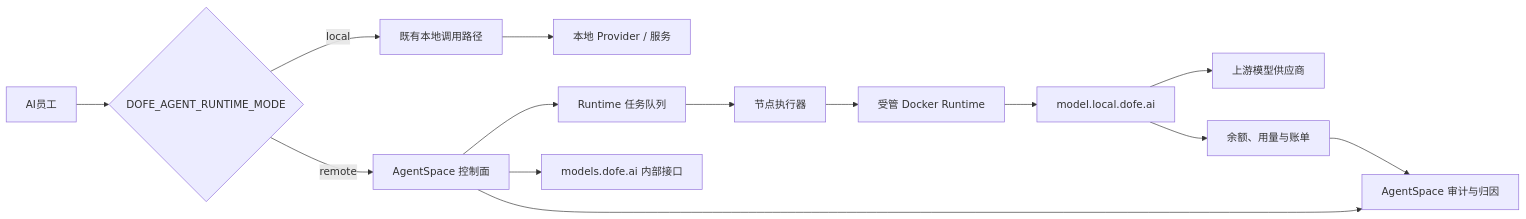
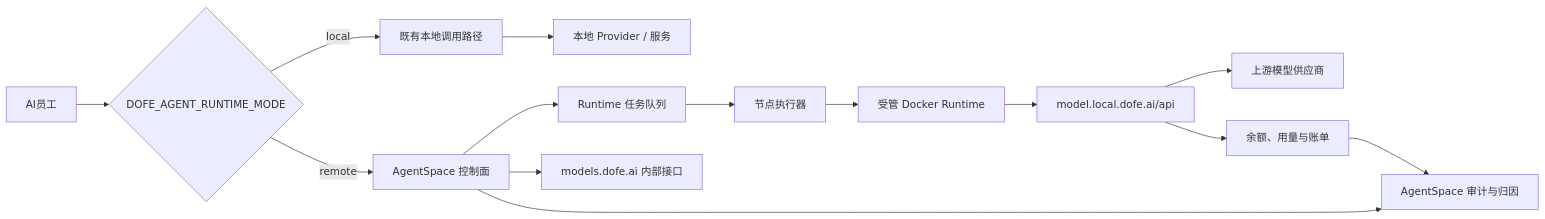
The first of 3 diagrams in docs/0727/agent-pricing/README.md (iTechwu/AgentSpace), drawn with Mermaid before and after one commit. The commit also changed other lines of this file and 9 other files, not shown here.

````diff
--- a/docs/0727/agent-pricing/README.md
+++ b/docs/0727/agent-pricing/README.md
@@ -77,16 +77,16 @@
 ```mermaid
 flowchart LR
   Employee[AI员工] --> Decision{DOFE_AGENT_RUNTIME_MODE}
   Decision -->|local| Main[既有本地调用路径]
   Main --> LocalProvider[本地 Provider / 服务]
   Decision -->|remote| AS[AgentSpace 控制面]
   AS --> Queue[Runtime 任务队列]
   Queue --> Node[节点执行器]
   Node --> Docker[受管 Docker Runtime]
   AS --> Models[models.dofe.ai 内部接口]
-  Docker --> Gateway[model.local.dofe.ai]
+  Docker --> Gateway[model.local.dofe.ai/api]
   Gateway --> Provider[上游模型供应商]
   Gateway --> Billing[余额、用量与账单]
   AS --> Audit[AgentSpace 审计与归因]
   Billing --> Audit
 ```
````
